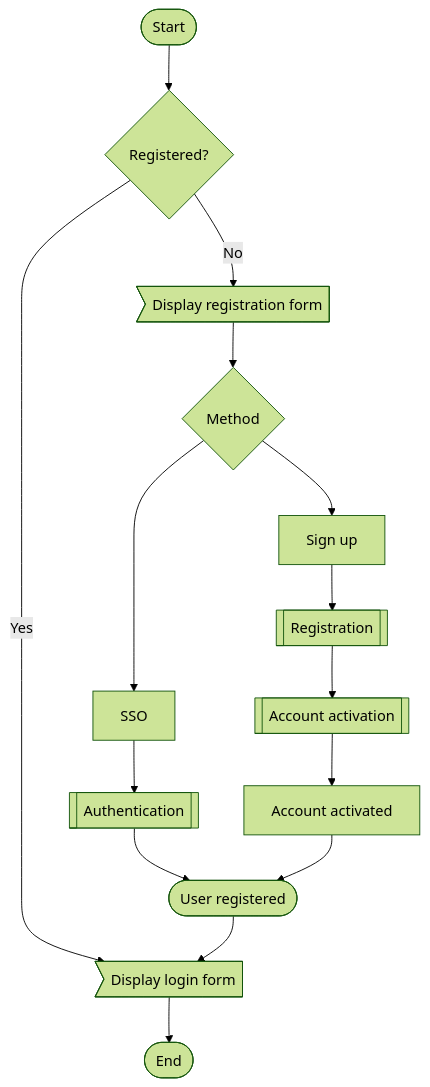
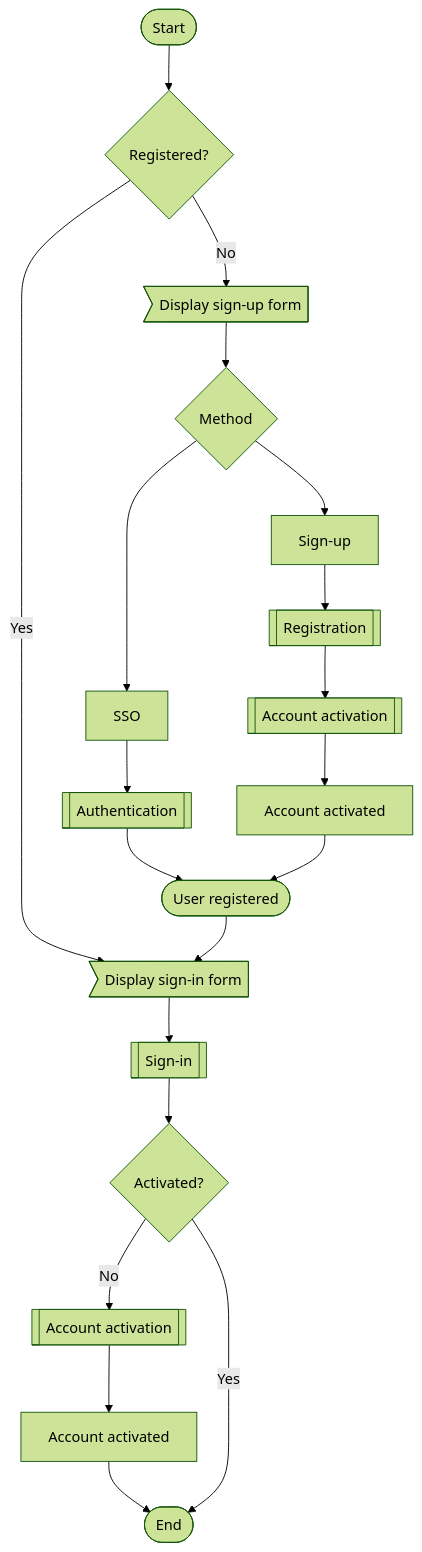
One commit to stasgm/menu-mono changed the diagram in apps/api/docs/auth/README.md. Above: the diagram before and after it, drawn with Mermaid (forest theme). The commit also changed other lines of this file and 41 other files, not shown here.

````diff
--- a/apps/api/docs/auth/README.md
+++ b/apps/api/docs/auth/README.md
@@ -3,14 +3,19 @@
 ```mermaid
 flowchart TD
     A([Start]) --> B{Registered?}
-    B --> |Yes| C1>Display login form]
-    B --> |No| C2>Display registration form]
+    B --> |Yes| C1>Display sign-in form]
+    B --> |No| C2>Display sign-up form]
     C2 --> D{Method}
-    D --> E[Sign up]--> F1[[Registration]] --> E1
+    D --> E[Sign-up]--> F1[[Registration]] --> E1
     D --> F[SSO] --> F2[[Authentication]] --> H
     E1[[Account activation]] --> G --> H
     G[Account activated]
     H([User registered]) --> C1
-    C1 --> K([End])
+    C1 --> C11[[Sign-in]]
+    C11 --> K{Activated?}
+    K --> |No| K1[[Account activation]]
+    K1 --> G2[Account activated ]
+    G2 --> M
+    K --> |Yes| M([End])
     
 ```
````
